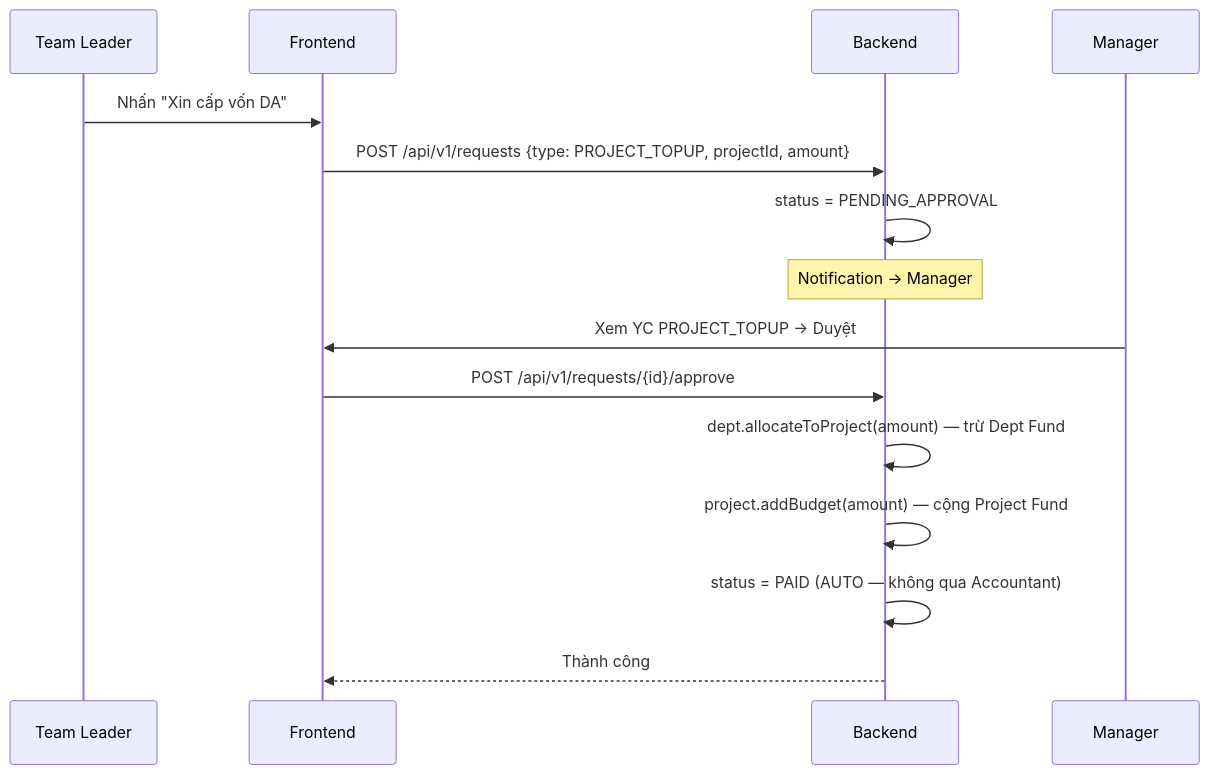
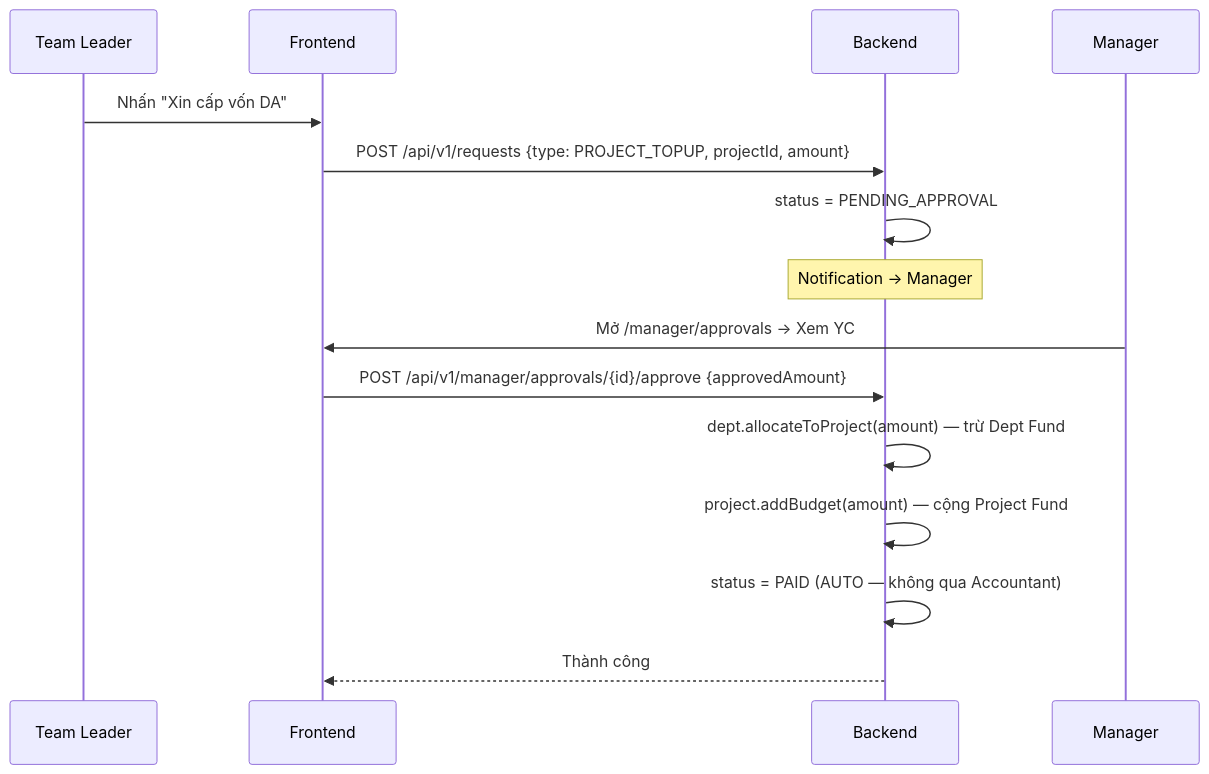
The third of 5 diagrams in docs/FLOW.md (Quoosc/INTERNAL_FINANCIAL_CASHFLOW_MANAGEMENT_SYSTEM_USING_INTERNAL_WALLET_MODEL_FRONTEND), drawn with Mermaid before and after one commit. The commit also changed other lines of this file and 1 other file, not shown here.

Commit message:
docs: rewrite API contract and flow documentation

````diff
--- a/docs/FLOW.md
+++ b/docs/FLOW.md
@@ -121,19 +144,19 @@
 ```mermaid
 sequenceDiagram
     participant TL as Team Leader
     participant FE as Frontend
     participant BE as Backend
     participant MGR as Manager
 
     TL->>FE: Nhấn "Xin cấp vốn DA"
     FE->>BE: POST /api/v1/requests {type: PROJECT_TOPUP, projectId, amount}
     BE->>BE: status = PENDING_APPROVAL
     Note over BE: Notification → Manager
 
-    MGR->>FE: Xem YC PROJECT_TOPUP → Duyệt
-    FE->>BE: POST /api/v1/requests/{id}/approve
+    MGR->>FE: Mở /manager/approvals → Xem YC
+    FE->>BE: POST /api/v1/manager/approvals/{id}/approve {approvedAmount}
     BE->>BE: dept.allocateToProject(amount) — trừ Dept Fund
     BE->>BE: project.addBudget(amount) — cộng Project Fund
     BE->>BE: status = PAID (AUTO — không qua Accountant)
     BE-->>FE: Thành công
 ```
````
